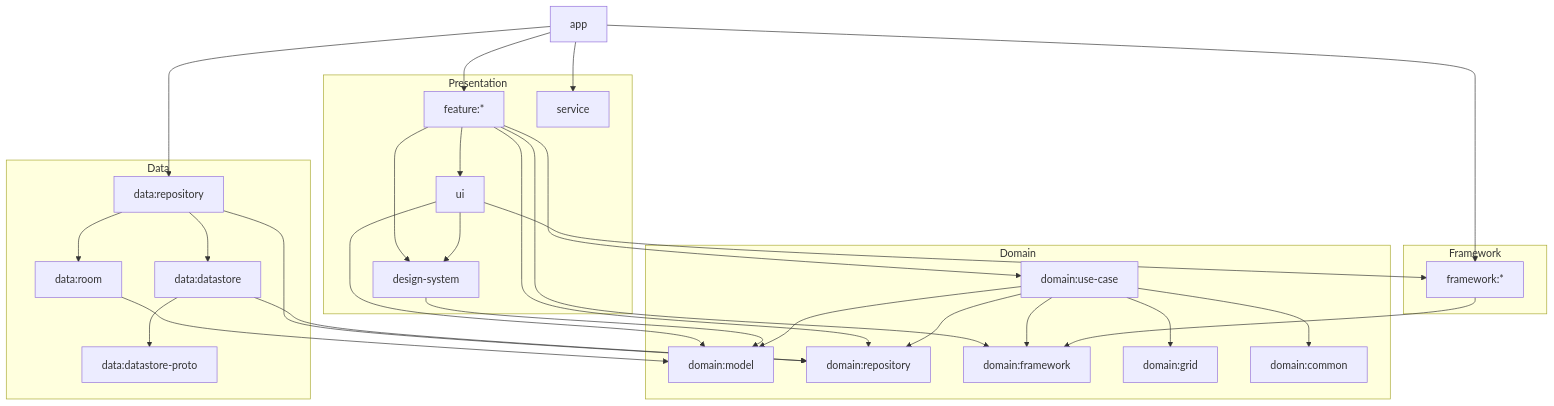
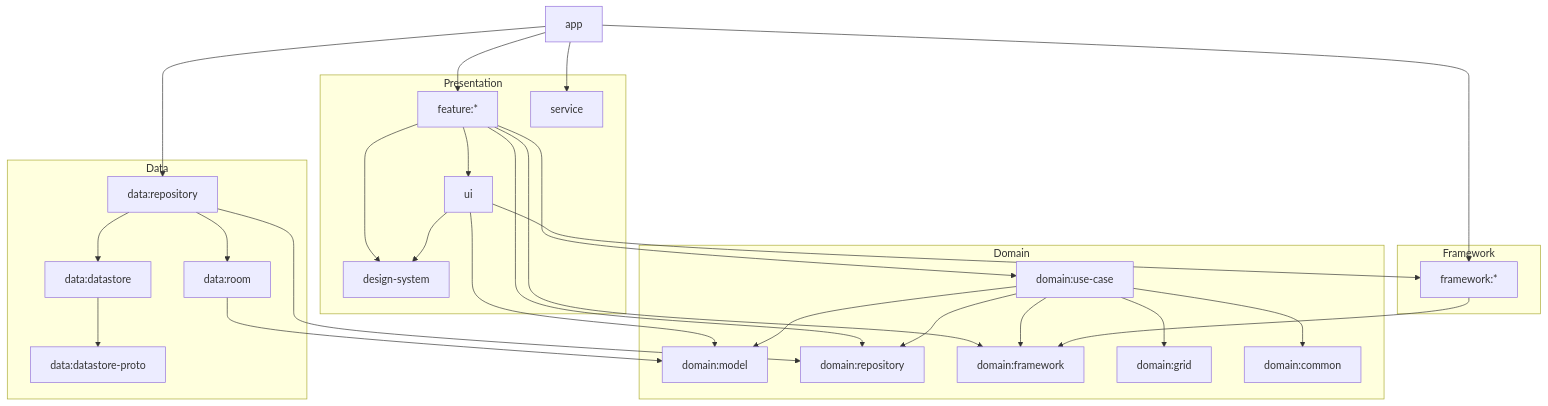
One commit to JackEblan/YagniLauncher changed the diagram in docs/ARCHITECTURE.md. Above: the diagram before and after it, drawn with Mermaid. The commit also changed other lines of this file, not shown here.

````diff
--- a/docs/ARCHITECTURE.md
+++ b/docs/ARCHITECTURE.md
@@ -40,62 +44,59 @@
 ```mermaid
 graph TD
     subgraph Presentation
         Feature["feature:*"]
         UI["ui"]
         DesignSystem["design-system"]
         Service["service"]
     end
 
     subgraph Framework
         FrameworkModules["framework:*"]
     end
 
     subgraph Data
         DataRepository["data:repository"]
         DataRoom["data:room"]
         DataDatastore["data:datastore"]
         DataDatastoreProto["data:datastore-proto"]
     end
 
     subgraph Domain
         DomainModel["domain:model"]
         DomainRepository["domain:repository"]
         DomainFramework["domain:framework"]
         DomainUseCase["domain:use-case"]
         DomainGrid["domain:grid"]
         DomainCommon["domain:common"]
     end
 
     App["app"] --> Feature
     App --> Service
     App --> DataRepository
     App --> FrameworkModules
 
     Feature --> UI
     Feature --> DesignSystem
     Feature --> DomainUseCase
     Feature --> DomainRepository
     Feature --> DomainFramework
 
     UI --> DesignSystem
     UI --> FrameworkModules
     UI --> DomainModel
 
-    DesignSystem --> DomainModel
-
     DomainUseCase --> DomainRepository
     DomainUseCase --> DomainFramework
     DomainUseCase --> DomainGrid
     DomainUseCase --> DomainCommon
     DomainUseCase --> DomainModel
 
     DataRepository --> DataRoom
     DataRepository --> DataDatastore
     DataRepository --> DomainRepository
     DataRoom --> DomainModel
 
     DataDatastore --> DataDatastoreProto
-    DataDatastore --> DomainRepository
 
     FrameworkModules --> DomainFramework
 ```
````
